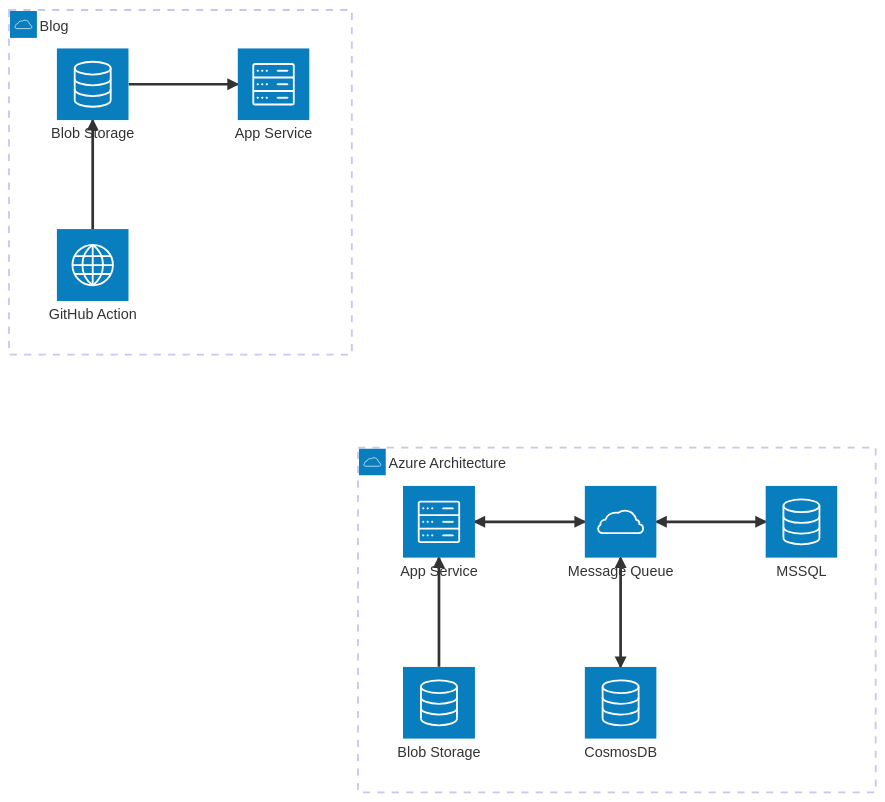
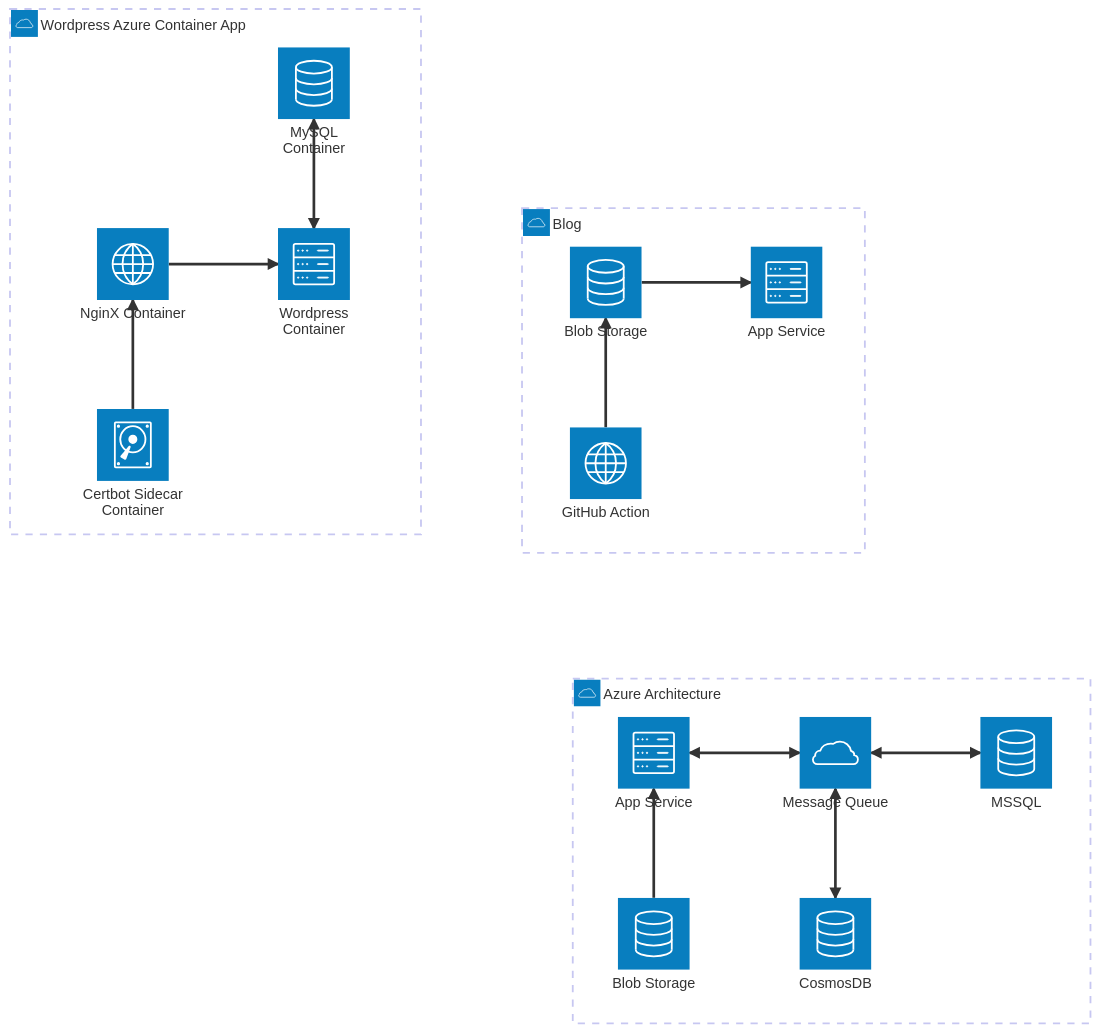
The diagram in README.md (jburditt/jburditt), drawn with Mermaid before and after one commit.

Commit message:
Add WordPress services to README architecture
Added WordPress services and their relationships to the architecture diagram.

````diff
--- a/README.md
+++ b/README.md
@@ -52,20 +52,29 @@
 ```mermaid
 architecture-beta
     group api(cloud)[Azure Architecture]
     service nosql(database)[CosmosDB] in api
     service server(server)[App Service] in api
     service db(database)[MSSQL] in api
     service blob(database)[Blob Storage] in api
     service message(cloud)[Message Queue] in api
     message:L <--> R:server
     message:B <--> T:nosql
     message:R <--> L:db
     blob:T --> B:server
 
     group blog(cloud)[Blog]
     service blogapp(server)[App Service] in blog
     service blogblob(database)[Blob Storage] in blog
     service deploy(internet)[GitHub Action] in blog
     deploy:T --> B:blogblob
     blogblob:R --> L:blogapp
+
+    group wordpress(cloud)[Wordpress Azure Container App]
+    service wordpress_php(server)[Wordpress Container] in wordpress
+    service wordpress_db(database)[MySQL Container] in wordpress
+    service wordpress_nginx(internet)[NginX Container] in wordpress
+    service wordpress_certbot(disk)[Certbot Sidecar Container] in wordpress
+    wordpress_php:T <--> B:wordpress_db
+    wordpress_php:L <-- R:wordpress_nginx
+    wordpress_certbot:T --> B:wordpress_nginx
 ```
````
